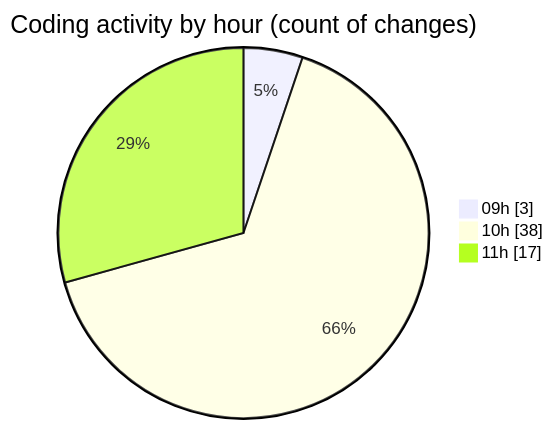
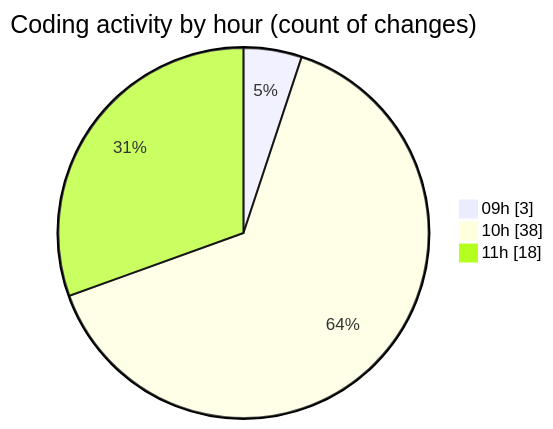
One commit to momahboobian/code-tracking changed the second of 2 diagrams in 2025-11-19/cda/README.md. Above: the diagram before and after it, drawn with Mermaid. The commit also changed other lines of this file and 1 other file, not shown here.

````diff
--- a/2025-11-19/cda/README.md
+++ b/2025-11-19/cda/README.md
@@ -30,7 +32,7 @@
 ```mermaid
 pie showData
 title Coding activity by hour (count of changes)
 "09h" : 3
 "10h" : 38
-"11h" : 17
+"11h" : 18
 ```
````
